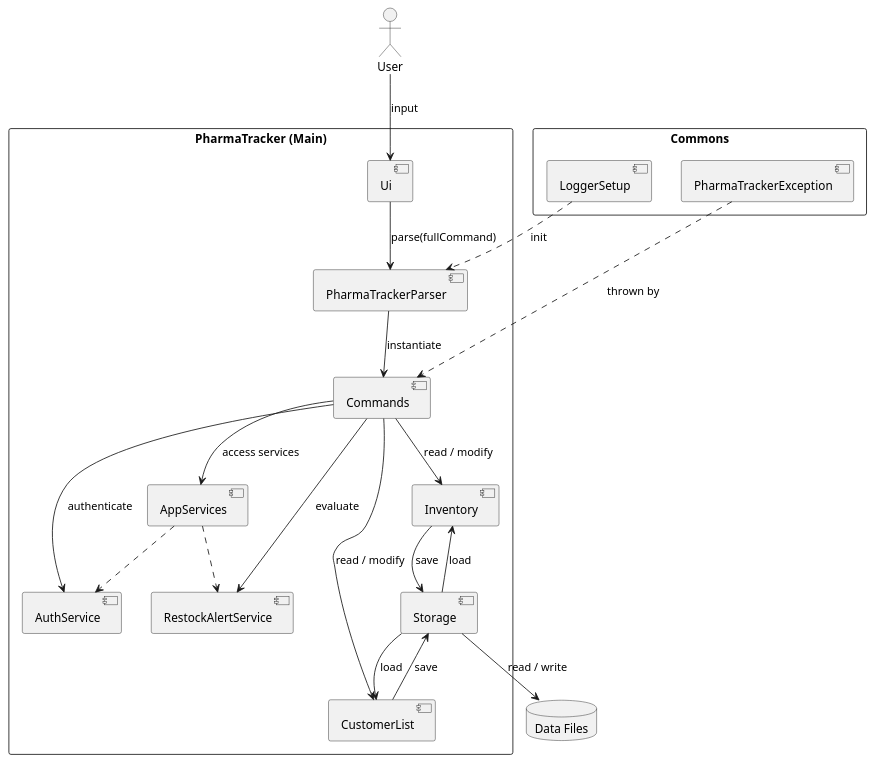
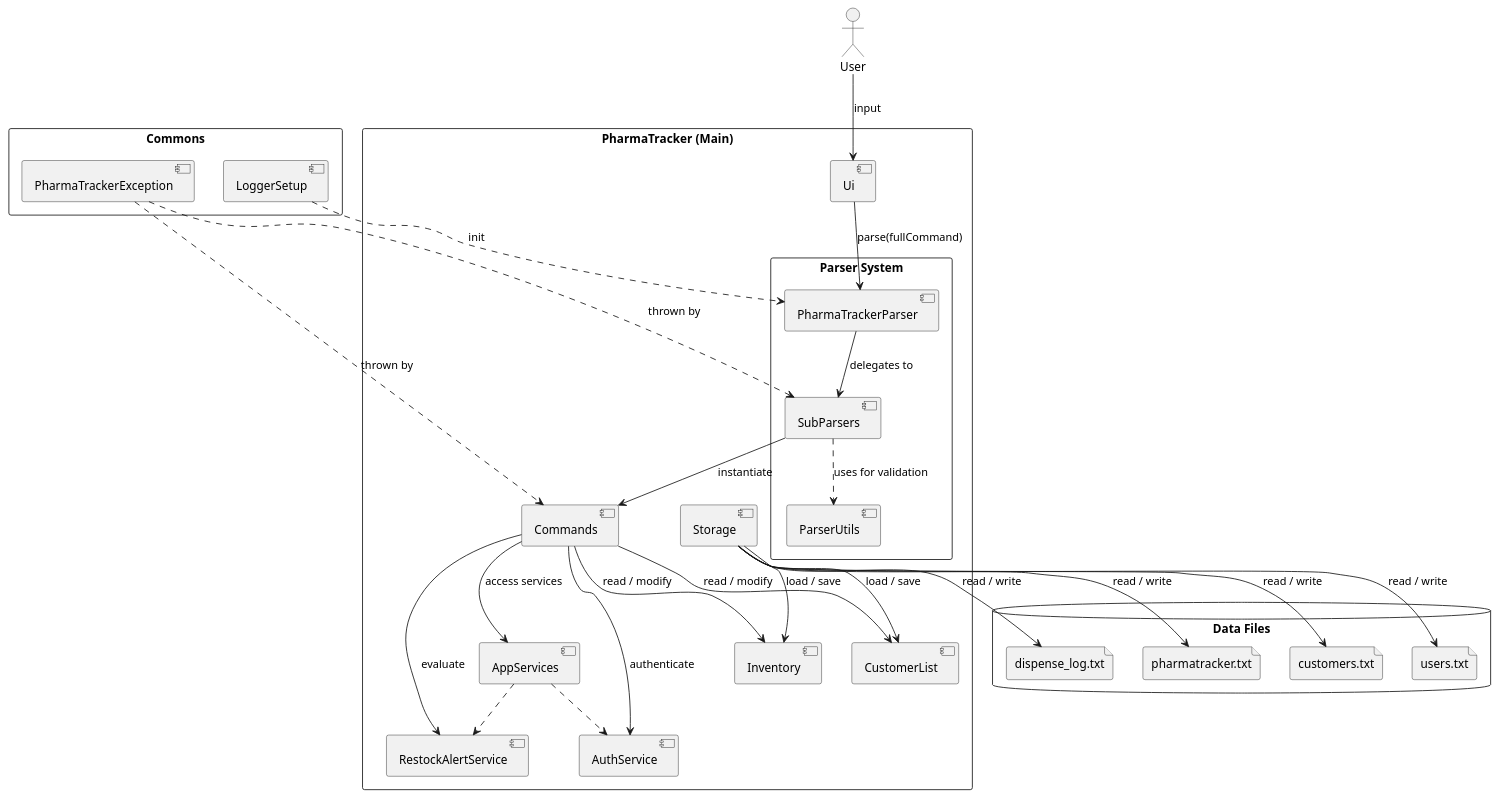
The diagram in docs/diagrams/Architecture.puml (AY2526S2-CS2113-T10-3/tp), drawn with PlantUML before and after one commit. The commit also changed 6 other files, not shown here.

```diff
--- a/docs/diagrams/Architecture.puml
+++ b/docs/diagrams/Architecture.puml
@@ -1,44 +1,68 @@
 @startuml
 skinparam ArrowFontStyle plain
 skinparam packageStyle rectangle
 
 actor User
 
 package "PharmaTracker (Main)" {
     [Ui]
-    [PharmaTrackerParser]
+
+    package "Parser System" {
+        [PharmaTrackerParser]
+        [SubParsers]
+        [ParserUtils]
+    }
+
     [Commands]
+    [AppServices]
     [AuthService]
     [RestockAlertService]
-    [AppServices]
     [Inventory]
     [CustomerList]
     [Storage]
 }
 
 package "Commons" {
     [LoggerSetup]
     [PharmaTrackerException]
 }
 
-database "Data Files" as Files
+database "Data Files" as Files {
+    file "pharmatracker.txt"
+    file "customers.txt"
+    file "users.txt"
+    file "dispense_log.txt"
+}
 
 User --> [Ui] : input
 [Ui] --> [PharmaTrackerParser] : parse(fullCommand)
-[PharmaTrackerParser] --> [Commands] : instantiate
+
+' Parser Delegation Logic
+[PharmaTrackerParser] --> [SubParsers] : delegates to
+[SubParsers] ..> [ParserUtils] : uses for validation
+[SubParsers] --> [Commands] : instantiate
+
 [Commands] --> [AppServices] : access services
 [AppServices] ..> [AuthService]
 [AppServices] ..> [RestockAlertService]
+
 [Commands] --> [Inventory] : read / modify
 [Commands] --> [CustomerList] : read / modify
 [Commands] --> [AuthService] : authenticate
 [Commands] --> [RestockAlertService] : evaluate
-[Storage] --> [Inventory] : load
-[Storage] --> [CustomerList] : load
-[Inventory] --> [Storage] : save
-[CustomerList] --> [Storage] : save
-[Storage] --> Files : read / write
+
+' Storage Logic
+[Storage] --> [Inventory] : load / save
+[Storage] --> [CustomerList] : load / save
+
+' Specific File Routing
+[Storage] --> [pharmatracker.txt] : read / write
+[Storage] --> [customers.txt] : read / write
+[Storage] --> [users.txt] : read / write
+[Storage] --> [dispense_log.txt] : read / write
+
 [LoggerSetup] ..> [PharmaTrackerParser] : init
 [PharmaTrackerException] ..> [Commands] : thrown by
+[PharmaTrackerException] ..> [SubParsers] : thrown by
 
 @enduml
```
